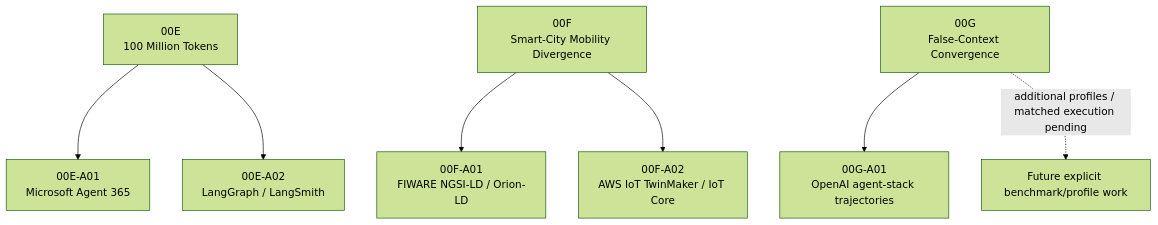
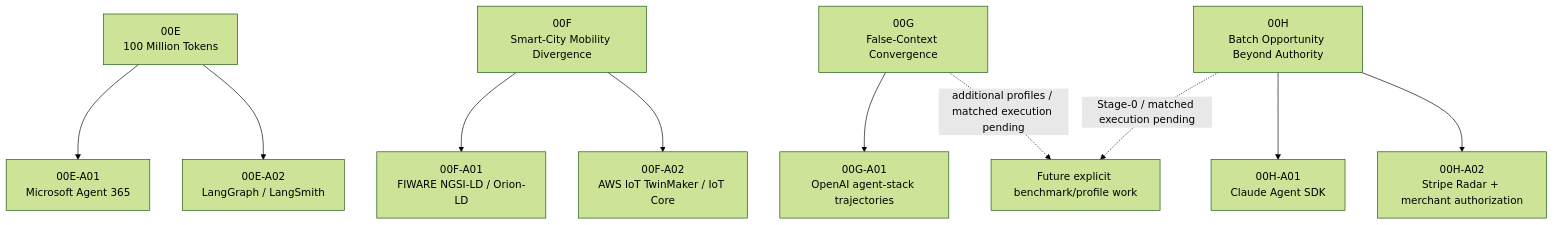
Before and after one commit to dakleyer/structural-awareness-contributions: the fifth of 9 diagrams in research/ecosystem-awareness/VISUAL_GUIDE.md, drawn with Mermaid (forest theme). The commit also changed other lines of this file, not shown here.

Commit message:
docs: add 00H Claude Stripe trajectories to visual guide

````diff
--- a/research/ecosystem-awareness/VISUAL_GUIDE.md
+++ b/research/ecosystem-awareness/VISUAL_GUIDE.md
@@ -150,19 +150,25 @@
 ```mermaid
 flowchart TB
     E["00E<br/>100 Million Tokens"]
     F["00F<br/>Smart-City Mobility Divergence"]
     G["00G<br/>False-Context Convergence"]
+    H00["00H<br/>Batch Opportunity Beyond Authority"]
     M["00E-A01<br/>Microsoft Agent 365"]
     L["00E-A02<br/>LangGraph / LangSmith"]
     FW["00F-A01<br/>FIWARE NGSI-LD / Orion-LD"]
     AWS["00F-A02<br/>AWS IoT TwinMaker / IoT Core"]
     OAI["00G-A01<br/>OpenAI agent-stack trajectories"]
+    CLAUDE["00H-A01<br/>Claude Agent SDK"]
+    STRIPE["00H-A02<br/>Stripe Radar + merchant authorization"]
     FUT["Future explicit benchmark/profile work"]
 
     E --> M
     E --> L
     F --> FW
     F --> AWS
     G --> OAI
+    H00 --> CLAUDE
+    H00 --> STRIPE
     G -. "additional profiles / matched execution pending" .-> FUT
+    H00 -. "Stage-0 / matched execution pending" .-> FUT
 ```
````
